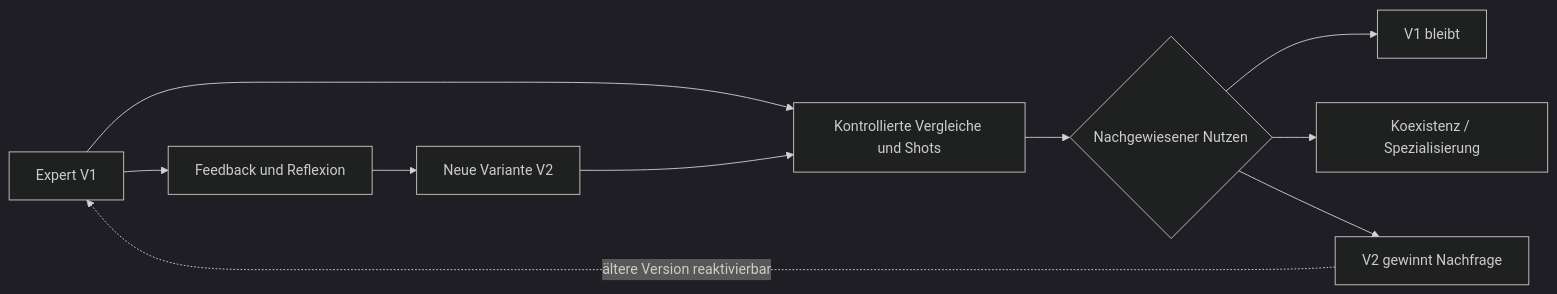
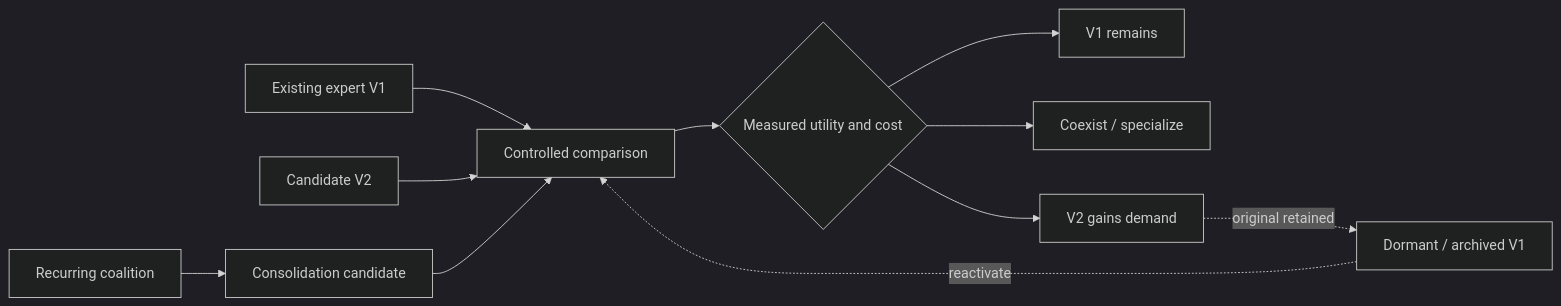
Before and after one commit to Griggelor/VibeWeights: the ninth of 10 diagrams in README.md, drawn with Mermaid (dark theme). The commit also changed other lines of this file, not shown here.

Commit message:
docs: expand public research overview, architecture, memory, assimilation and references

````diff
--- a/README.md
+++ b/README.md
@@ -63,12 +281,13 @@
 ```mermaid
 flowchart LR
- V1[Expert V1] --> F[Feedback und Reflexion]
- F --> V2[Neue Variante V2]
- V1 --> X[Kontrollierte Vergleiche und Shots]
- V2 --> X
- X --> Y{Nachgewiesener Nutzen}
- Y --> A[V1 bleibt]
- Y --> B[Koexistenz / Spezialisierung]
- Y --> C[V2 gewinnt Nachfrage]
- C -. ältere Version reaktivierbar .-> V1
+ V1["Existing expert V1"] --> X["Controlled comparison"]
+ V2["Candidate V2"] --> X
+ X --> Y{"Measured utility and cost"}
+ Y --> A["V1 remains"]
+ Y --> B["Coexist / specialize"]
+ Y --> C["V2 gains demand"]
+ C -. original retained .-> D["Dormant / archived V1"]
+ D -. reactivate .-> X
+ G["Recurring coalition"] --> F["Consolidation candidate"]
+ F --> X
 ```
````
